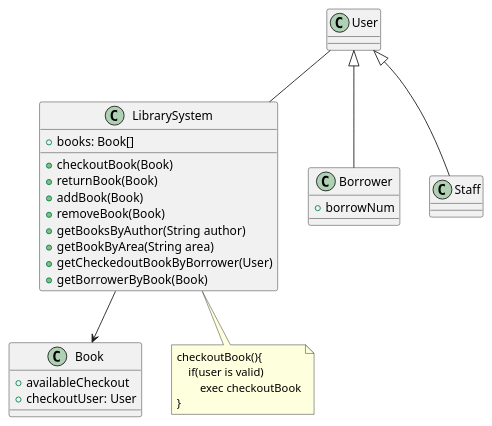
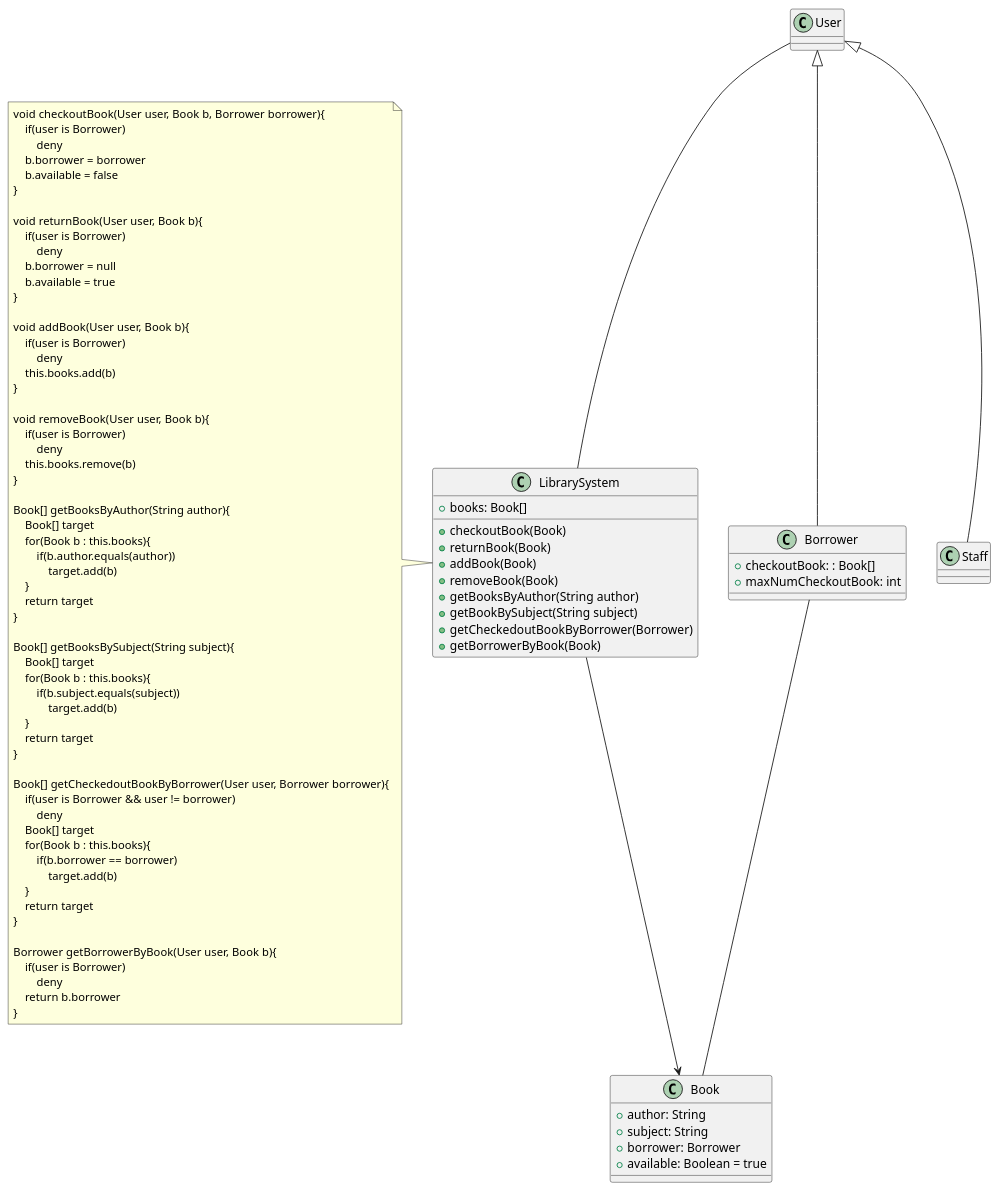
One commit to LeeYenChieh/Software_Engineering_Design2025FALL changed the diagram in temp/uml/init4.puml. Above: the diagram before and after it, drawn with PlantUML. The commit also changed 14 other files, not shown here.

```diff
--- a/temp/uml/init4.puml
+++ b/temp/uml/init4.puml
@@ -1,47 +1,108 @@
 @startuml init4
 
 class Book{
-    + availableCheckout
-    + checkoutUser: User
+    + author: String
+    + subject: String
+    + borrower: Borrower
+    + available: Boolean = true
 }
-
-class LibrarySystem{
-    + books: Book[]
-    + checkoutBook(Book)
-    + returnBook(Book)
-    + addBook(Book)
-    + removeBook(Book)
-    + getBooksByAuthor(String author)
-    + getBookByArea(String area)
-    + getCheckedoutBookByBorrower(User)
-    + getBorrowerByBook(Book)
-}
-
-LibrarySystem --> Book
 
 class User{
 
 }
 
 together{
     class Staff{
 
     }
 
     class Borrower{
-        + borrowNum
+        + checkoutBook: : Book[]
+        + maxNumCheckoutBook: int
     }
 }
 
-User -- LibrarySystem
 User <|-- Staff
 User <|-- Borrower
 
-note bottom of LibrarySystem
-checkoutBook(){
-    if(user is valid)
-        exec checkoutBook
+class LibrarySystem{
+    + books: Book[]
+    + checkoutBook(Book)
+    + returnBook(Book)
+    + addBook(Book)
+    + removeBook(Book)
+    + getBooksByAuthor(String author)
+    + getBookBySubject(String subject)
+    + getCheckedoutBookByBorrower(Borrower)
+    + getBorrowerByBook(Book)
+}
+
+User -- LibrarySystem
+
+note left of LibrarySystem
+void checkoutBook(User user, Book b, Borrower borrower){
+    if(user is Borrower)
+        deny
+    b.borrower = borrower
+    b.available = false
+}
+
+void returnBook(User user, Book b){
+    if(user is Borrower)
+        deny
+    b.borrower = null
+    b.available = true
+}
+
+void addBook(User user, Book b){
+    if(user is Borrower)
+        deny
+    this.books.add(b)
+}
+
+void removeBook(User user, Book b){
+    if(user is Borrower)
+        deny
+    this.books.remove(b)
+}
+
+Book[] getBooksByAuthor(String author){
+    Book[] target
+    for(Book b : this.books){
+        if(b.author.equals(author))
+            target.add(b)
+    }
+    return target
+}
+
+Book[] getBooksBySubject(String subject){
+    Book[] target
+    for(Book b : this.books){
+        if(b.subject.equals(subject))
+            target.add(b)
+    }
+    return target
+}
+
+Book[] getCheckedoutBookByBorrower(User user, Borrower borrower){
+    if(user is Borrower && user != borrower)
+        deny
+    Book[] target
+    for(Book b : this.books){
+        if(b.borrower == borrower)
+            target.add(b)
+    }
+    return target
+}
+
+Borrower getBorrowerByBook(User user, Book b){
+    if(user is Borrower)
+        deny
+    return b.borrower
 }
 end note
 
+LibrarySystem --> Book
+Borrower -- Book
+
 @enduml
```
